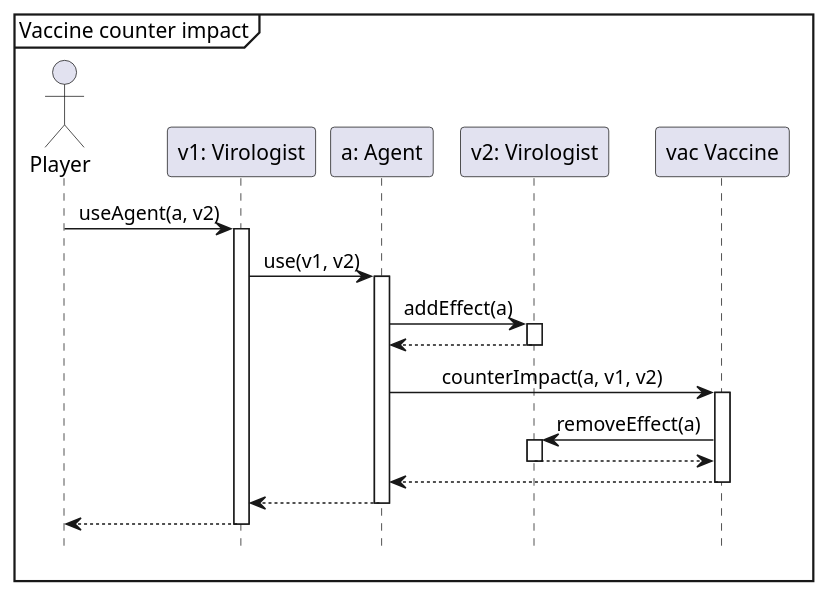
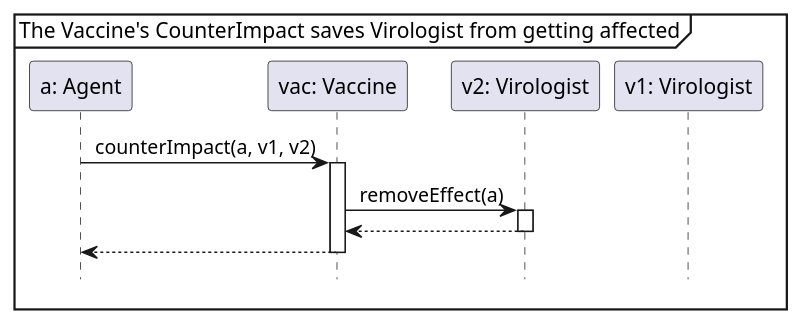
Before and after one commit to Tschonti/503-service-unavailable: the diagram in docs/seqDiagrams/vaccineCounterImpact.puml, drawn with PlantUML. The commit also changed 2 other files, not shown here.

```diff
--- a/docs/seqDiagrams/vaccineCounterImpact.puml
+++ b/docs/seqDiagrams/vaccineCounterImpact.puml
@@ -1,26 +1,17 @@
 @startuml
 'https://plantuml.com/sequence-diagram
-
 hide footbox
 skinparam sequenceMessageAlign center
+mainframe The Vaccine's CounterImpact saves Virologist from getting affected
 
-mainframe Vaccine counter impact
+participant "a: Agent" as a
+participant "vac: Vaccine" as vac
+participant "v2: Virologist" as v2
+participant "v1: Virologist" as v1
 
-actor Player as p
-participant "v1: Virologist" as v1
-participant "a: Agent" as a
-participant "v2: Virologist" as v2
-participant "vac Vaccine" as vac
-
-p -> v1++: useAgent(a, v2)
-    v1 -> a++: use(v1, v2)
-        a -> v2++: addEffect(a)
-        return
-        a -> vac++: counterImpact(a, v1, v2)
-            vac -> v2++: removeEffect(a)
-            return
-        return
+a -> vac ++: counterImpact(a, v1, v2)
+    vac -> v2++: removeEffect(a)
     return
 return
 
 @enduml
```
